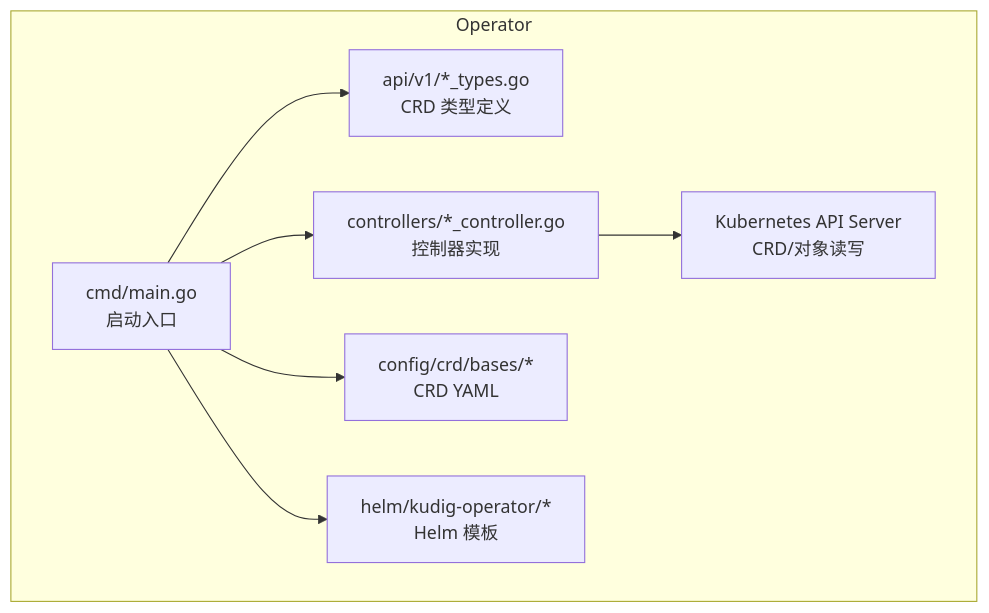
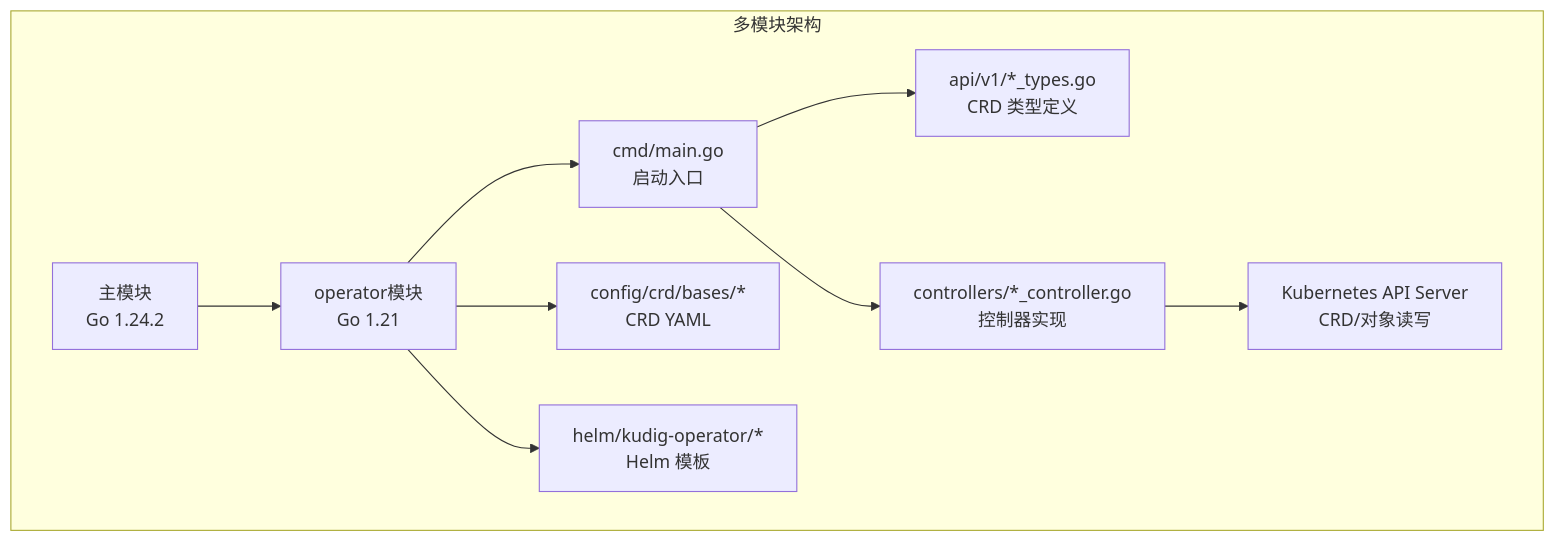
The first of 5 diagrams in .qoder/repowiki/zh/content/Kubernetes Operator/Kubernetes Operator.md (kudig-io/klaw), drawn with Mermaid before and after one commit. The commit also changed other lines of this file and 245 other files, not shown here.

````diff
--- a/.qoder/repowiki/zh/content/Kubernetes Operator/Kubernetes Operator.md
+++ b/.qoder/repowiki/zh/content/Kubernetes Operator/Kubernetes Operator.md
@@ -45,10 +55,12 @@
 ```mermaid
 graph TB
-subgraph "Operator"
-A["cmd/main.go<br/>启动入口"] --> B["api/v1/*_types.go<br/>CRD 类型定义"]
-A --> C["controllers/*_controller.go<br/>控制器实现"]
-C --> D["Kubernetes API Server<br/>CRD/对象读写"]
-A --> E["config/crd/bases/*<br/>CRD YAML"]
-A --> F["helm/kudig-operator/*<br/>Helm 模板"]
+subgraph "多模块架构"
+A["主模块<br/>Go 1.24.2"] --> B["operator模块<br/>Go 1.21"]
+B --> C["cmd/main.go<br/>启动入口"]
+C --> D["api/v1/*_types.go<br/>CRD 类型定义"]
+C --> E["controllers/*_controller.go<br/>控制器实现"]
+E --> F["Kubernetes API Server<br/>CRD/对象读写"]
+B --> G["config/crd/bases/*<br/>CRD YAML"]
+B --> H["helm/kudig-operator/*<br/>Helm 模板"]
 end
 ```
````
